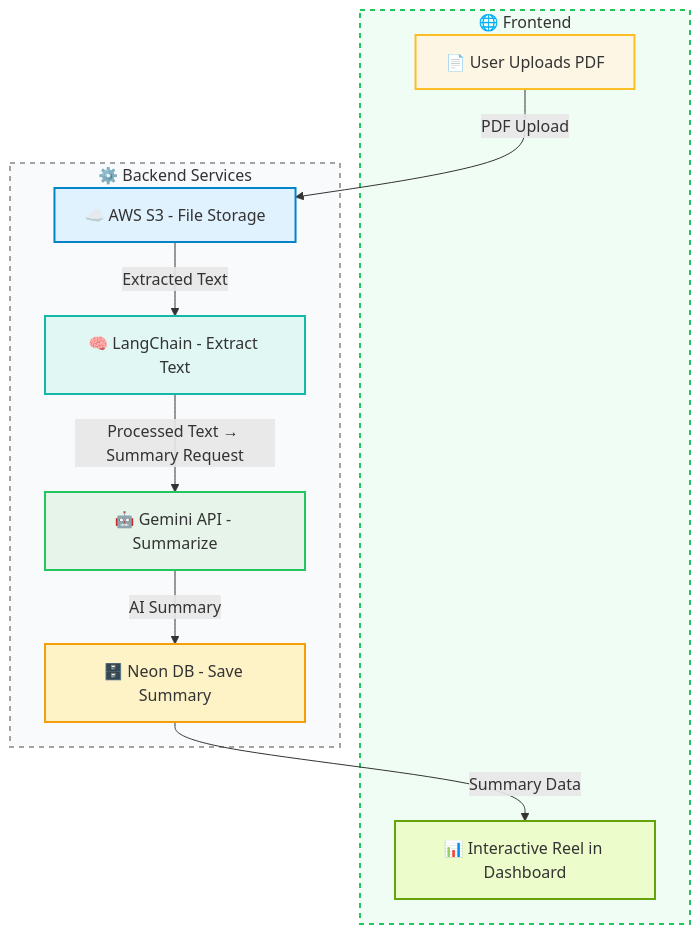
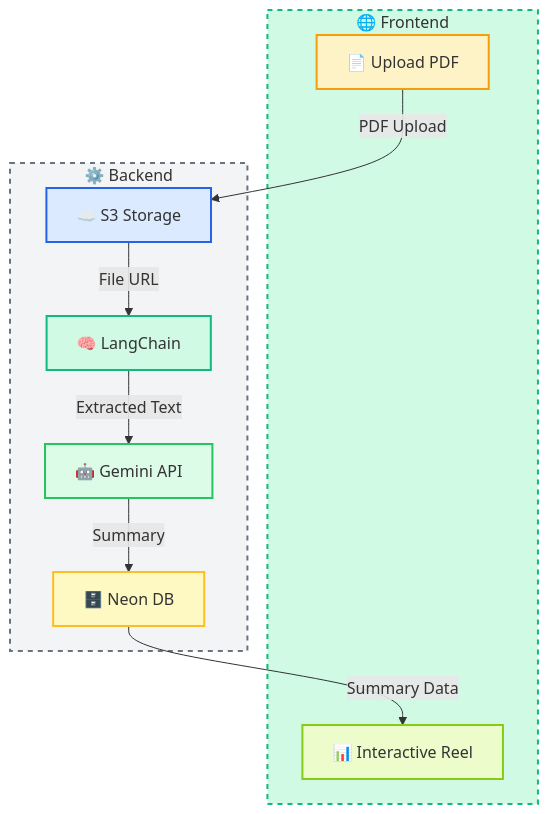
One commit to NehalSurti/Sommaire changed the diagram in README.md. Above: the diagram before and after it, drawn with Mermaid. The commit also changed other lines of this file, not shown here.

````diff
--- a/README.md
+++ b/README.md
@@ -31,34 +31,34 @@
 ```mermaid
 graph TD
     %% === FRONTEND SECTION ===
     subgraph FRONTEND[🌐 Frontend]
-        A[📄 User Uploads PDF]
-        H[📊 Interactive Reel in Dashboard]
+        A[📄 Upload PDF]
+        H[📊 Interactive Reel]
     end
 
     %% === BACKEND SECTION ===
-    subgraph BACKEND[⚙️ Backend Services]
-        B[☁️ AWS S3 - File Storage]
-        C[🧠 LangChain - Extract Text]
-        D[🤖 Gemini API - Summarize]
-        G[🗄️ Neon DB - Save Summary]
+    subgraph BACKEND[⚙️ Backend]
+        B[☁️ S3 Storage]
+        C[🧠 LangChain]
+        D[🤖 Gemini API]
+        G[🗄️ Neon DB]
     end
 
     %% === DATA FLOW ===
     A -- "PDF Upload" --> B
-    B -- "Extracted Text" --> C
-    C -- "Processed Text → Summary Request" --> D
-    D -- "AI Summary" --> G
+    B -- "File URL" --> C
+    C -- "Extracted Text" --> D
+    D -- "Summary" --> G
     G -- "Summary Data" --> H
 
-    %% === STYLING ===
-    style FRONTEND fill:#f0fdf4,stroke:#22c55e,stroke-width:2px,stroke-dasharray: 5 5
-    style BACKEND fill:#f9fafb,stroke:#a3a3a3,stroke-width:2px,stroke-dasharray: 5 5
+    %% === STYLING (GitHub-friendly) ===
+    style FRONTEND fill:#d1fae5,stroke:#10b981,stroke-width:2px,stroke-dasharray:5 5
+    style BACKEND fill:#f3f4f6,stroke:#6b7280,stroke-width:2px,stroke-dasharray:5 5
 
-    style A fill:#fef6e4,stroke:#fbbf24,stroke-width:2px
-    style B fill:#e0f2fe,stroke:#0284c7,stroke-width:2px
-    style C fill:#e0f7f4,stroke:#14b8a6,stroke-width:2px
-    style D fill:#e6f4ea,stroke:#22c55e,stroke-width:2px
-    style G fill:#fef3c7,stroke:#f59e0b,stroke-width:2px
-    style H fill:#ecfccb,stroke:#65a30d,stroke-width:2px
+    style A fill:#fef3c7,stroke:#f59e0b,stroke-width:2px
+    style B fill:#dbeafe,stroke:#2563eb,stroke-width:2px
+    style C fill:#d1fae5,stroke:#10b981,stroke-width:2px
+    style D fill:#dcfce7,stroke:#22c55e,stroke-width:2px
+    style G fill:#fef9c3,stroke:#fbbf24,stroke-width:2px
+    style H fill:#ecfccb,stroke:#84cc16,stroke-width:2px
 ```
````
